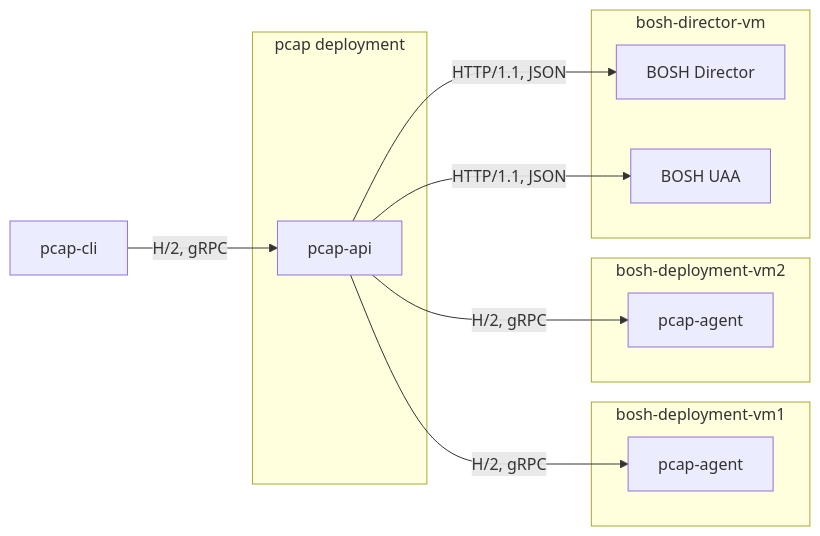
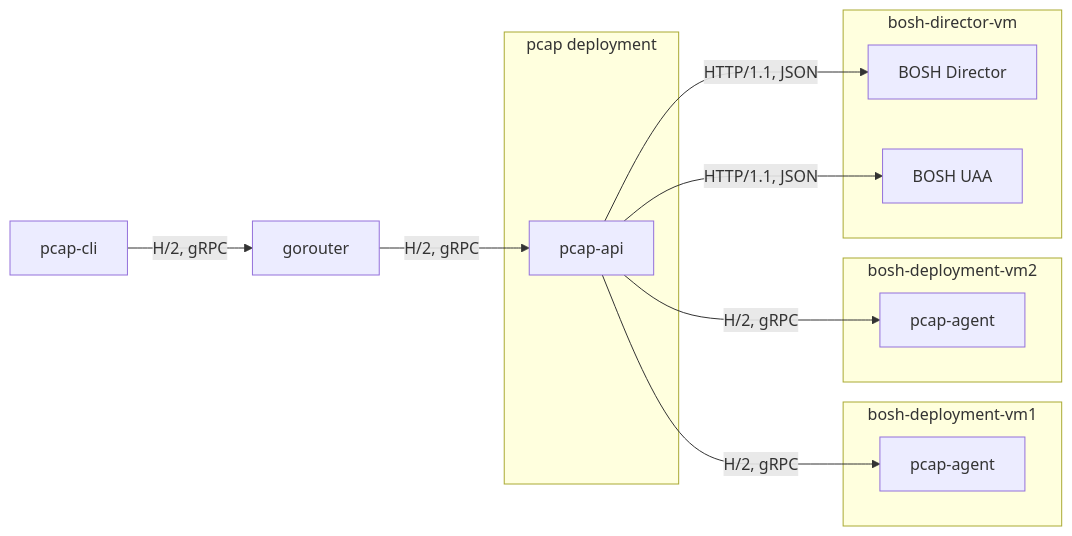
One commit to cloudfoundry/pcap-release changed the second of 19 diagrams in docs/api-communication-spec.md. Above: the diagram before and after it, drawn with Mermaid. The commit also changed other lines of this file, not shown here.

Commit message:
docs(api): review documentation and fix some typos.

````diff
--- a/docs/api-communication-spec.md
+++ b/docs/api-communication-spec.md
@@ -54,20 +54,21 @@
 ```mermaid
 graph LR
-    pcap-cli -->|H/2, gRPC| pcap-api
+    pcap-cli -->|H/2, gRPC| gorouter
+    gorouter -->|H/2, gRPC| pcap-api
 
     subgraph pcap deployment
         pcap-api
     end
         
     subgraph bosh-deployment-vm1
         pcap-api -->|H/2, gRPC| a1[pcap-agent]
     end
     subgraph bosh-deployment-vm2
         pcap-api -->|H/2, gRPC| a2[pcap-agent]
     end
 
     subgraph bosh-director-vm
         pcap-api -->|HTTP/1.1, JSON| bosh[BOSH Director]
         pcap-api -->|HTTP/1.1, JSON| bosh-uaa[BOSH UAA]
     end
 ```
````
